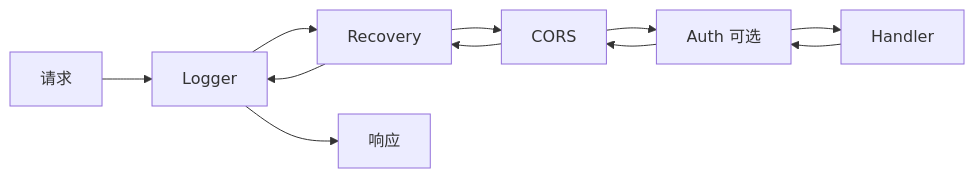
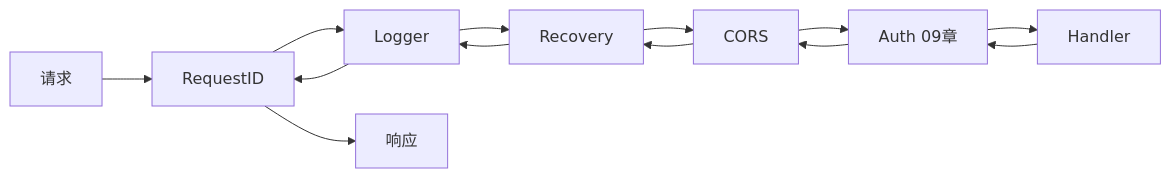
One commit to moqix26/study changed the third of 3 diagrams in 后端学习/Go/06-Gin框架核心与中间件.md. Above: the diagram before and after it, drawn with Mermaid. The commit also changed other lines of this file and 46 other files, not shown here.

````diff
--- a/后端学习/Go/06-Gin框架核心与中间件.md
+++ b/后端学习/Go/06-Gin框架核心与中间件.md
@@ -367,13 +777,15 @@
 ```mermaid
 flowchart LR
-    Req[请求] --> L[Logger]
+    Req[请求] --> RID[RequestID]
+    RID --> L[Logger]
     L --> R[Recovery]
     R --> C[CORS]
-    C --> A[Auth 可选]
+    C --> A[Auth 09章]
     A --> H[Handler]
     H --> A
     A --> C
     C --> R
     R --> L
-    L --> Res[响应]
+    L --> RID
+    RID --> Res[响应]
 ```
````
